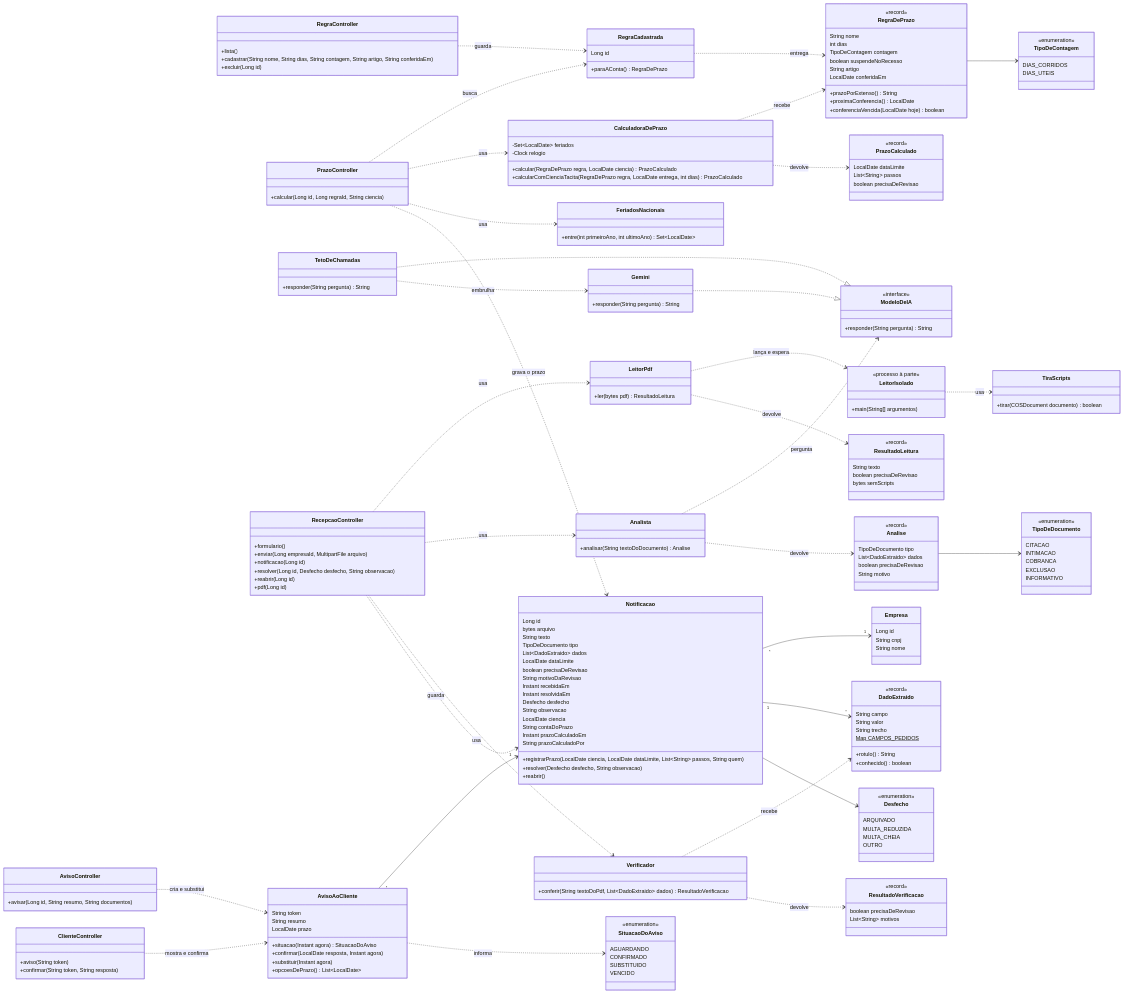
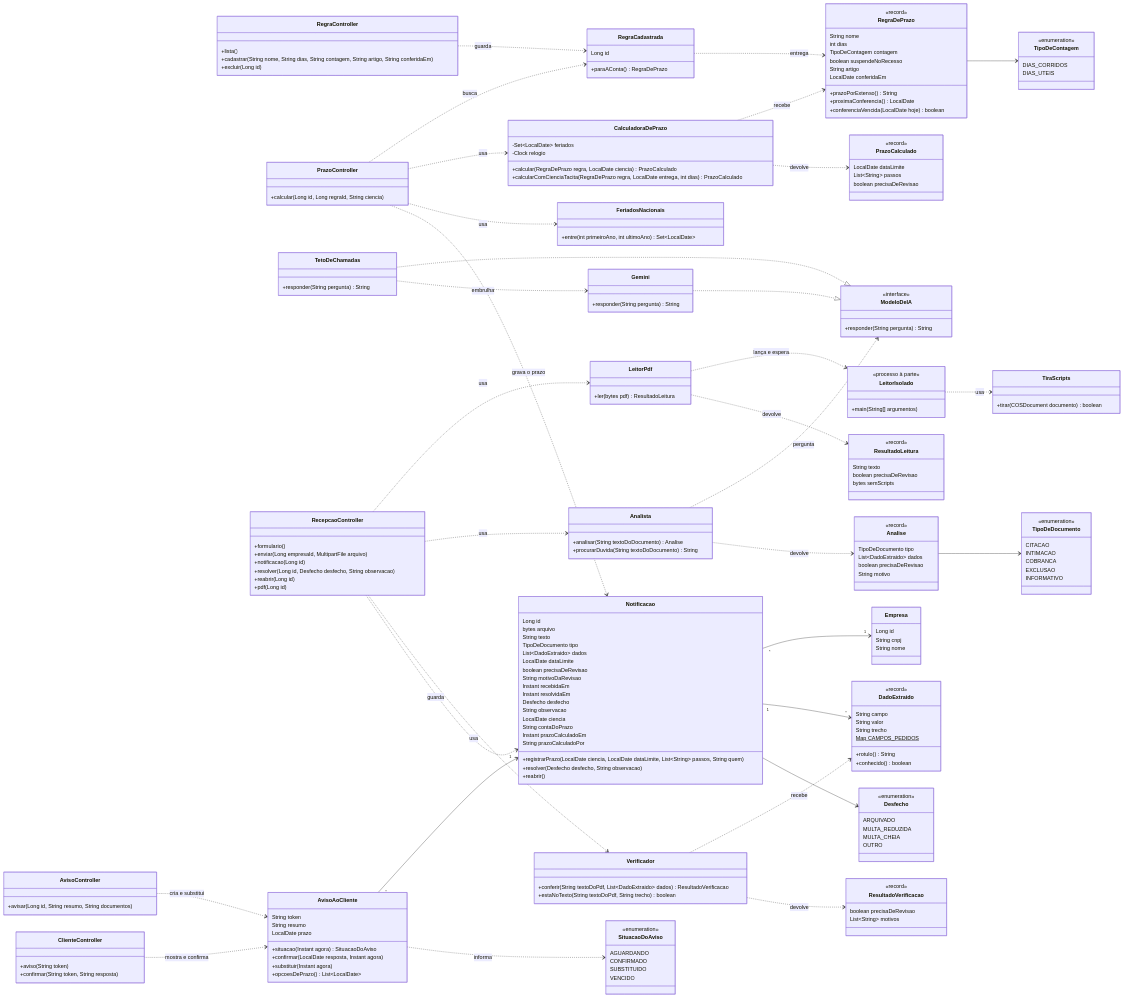
The third of 9 diagrams in docs/04-arquitetura/arquitetura.md (namtech-agents/atalaia), drawn with Mermaid before and after one commit. The commit also changed other lines of this file and 14 other files, not shown here.

```diff
--- a/docs/04-arquitetura/arquitetura.md
+++ b/docs/04-arquitetura/arquitetura.md
@@ -188,6 +189,7 @@
 
         class Verificador {
             +conferir(String textoDoPdf, List~DadoExtraido~ dados) ResultadoVerificacao
+            +estaNoTexto(String textoDoPdf, String trecho) boolean
         }
         class DadoExtraido {
             <<record>>
@@ -251,6 +253,7 @@
 
         class Analista {
             +analisar(String textoDoDocumento) Analise
+            +procurarDuvida(String textoDoDocumento) String
         }
         class Analise {
             <<record>>
```
